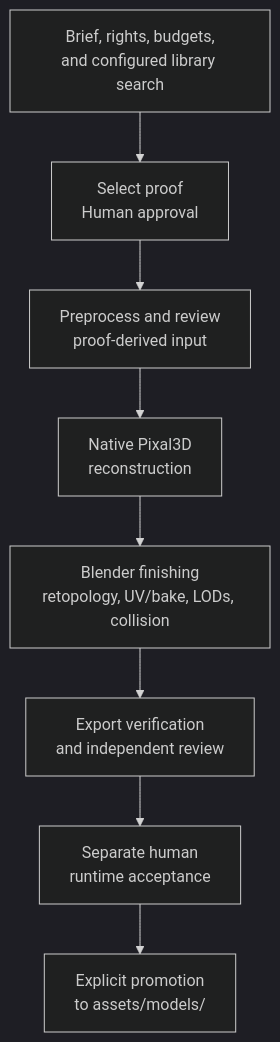
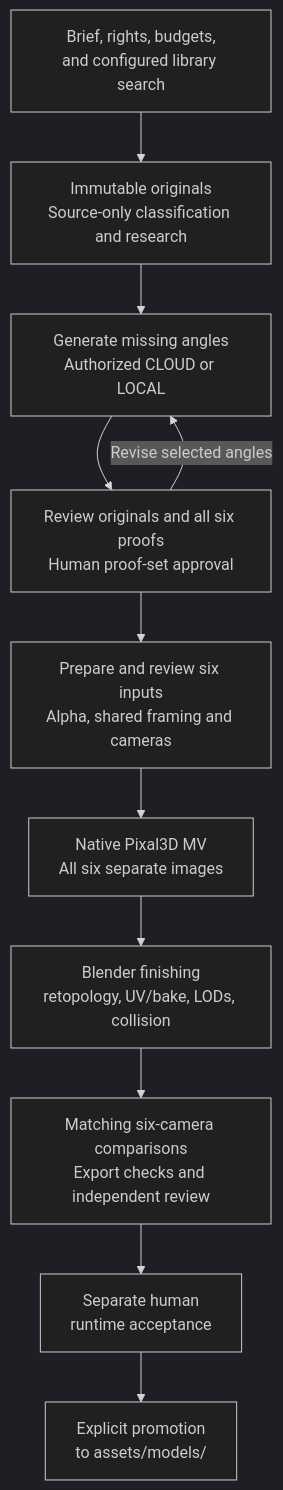
Before and after one commit to TimothyMeadows/OpenCaw: the third of 3 diagrams in README.md, drawn with Mermaid (dark theme). The commit also changed other lines of this file and 40 other files, not shown here.

Commit message:
Improve angles for proof to model pipeline.

````diff
--- a/README.md
+++ b/README.md
@@ -1297,13 +1303,16 @@
 ```mermaid
 flowchart TB
     accTitle: Native proof-to-model game asset production
-    accDescr: Start with an asset brief, rights and library search. Human selection approves the proof. Preprocessing is reviewed before native reconstruction and Blender finishing. Export verification and independent review precede separate human runtime acceptance and explicit promotion. Revisions invalidate dependent evidence.
+    accDescr: Classify only original sources, research hidden anatomy or structure, generate missing canonical views under authorized media budgets, and approve all six. Prepare six images and cameras for native multi-view reconstruction and Blender finishing. Matching six-camera review and independent review precede separate human runtime acceptance and explicit promotion. Revisions invalidate whole-set approval and dependent evidence.
 
-    Brief["Brief, rights, budgets,<br/>and configured library search"] --> Proof["Select proof<br/>Human approval"]
-    Proof --> Input["Preprocess and review<br/>proof-derived input"]
-    Input --> Reconstruct["Native Pixal3D<br/>reconstruction"]
+    Brief["Brief, rights, budgets,<br/>and configured library search"] --> Sources["Immutable originals<br/>Source-only classification and research"]
+    Sources --> Proofs["Generate missing angles<br/>Authorized CLOUD or LOCAL"]
+    Proofs --> Set["Review originals and all six proofs<br/>Human proof-set approval"]
+    Set --> Input["Prepare and review six inputs<br/>Alpha, shared framing and cameras"]
+    Input --> Reconstruct["Native Pixal3D MV<br/>All six separate images"]
     Reconstruct --> Finish["Blender finishing<br/>retopology, UV/bake, LODs, collision"]
-    Finish --> Review["Export verification<br/>and independent review"]
+    Finish --> Review["Matching six-camera comparisons<br/>Export checks and independent review"]
     Review --> Accept["Separate human<br/>runtime acceptance"]
     Accept --> Promote["Explicit promotion<br/>to assets/models/"]
+    Set -->|Revise selected angles| Proofs
 ```
````
